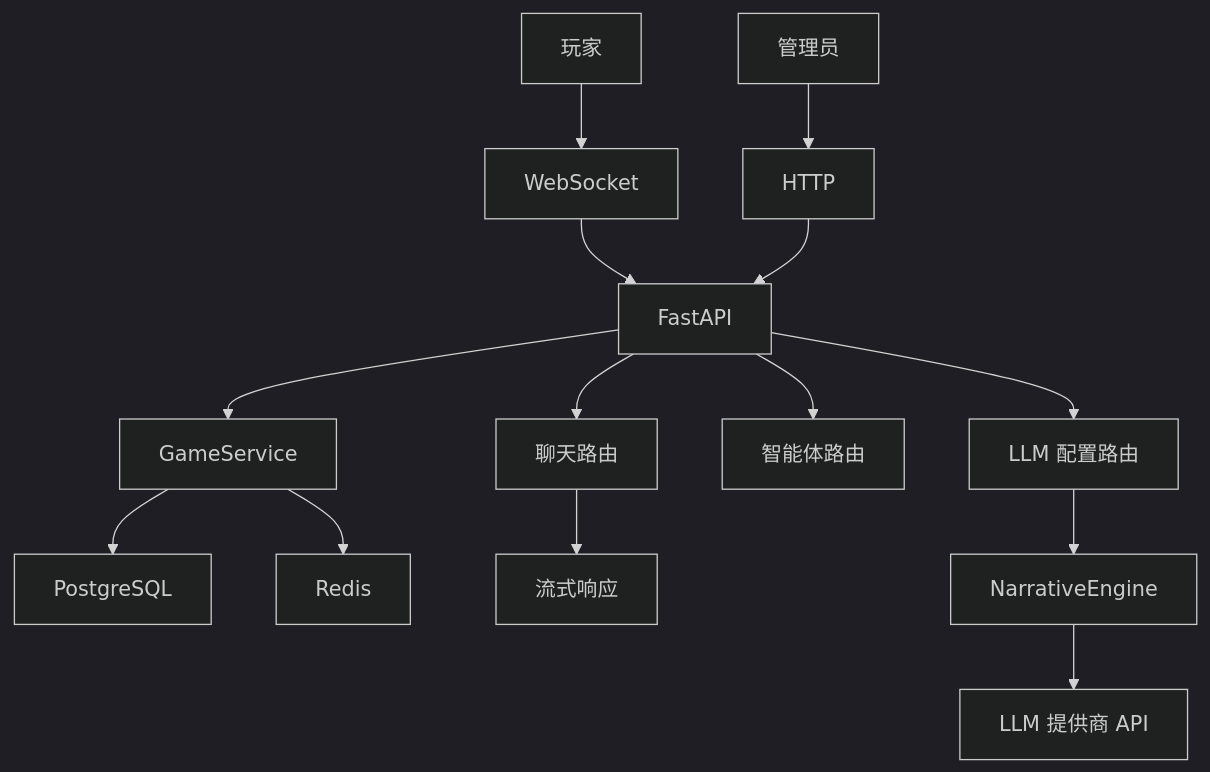
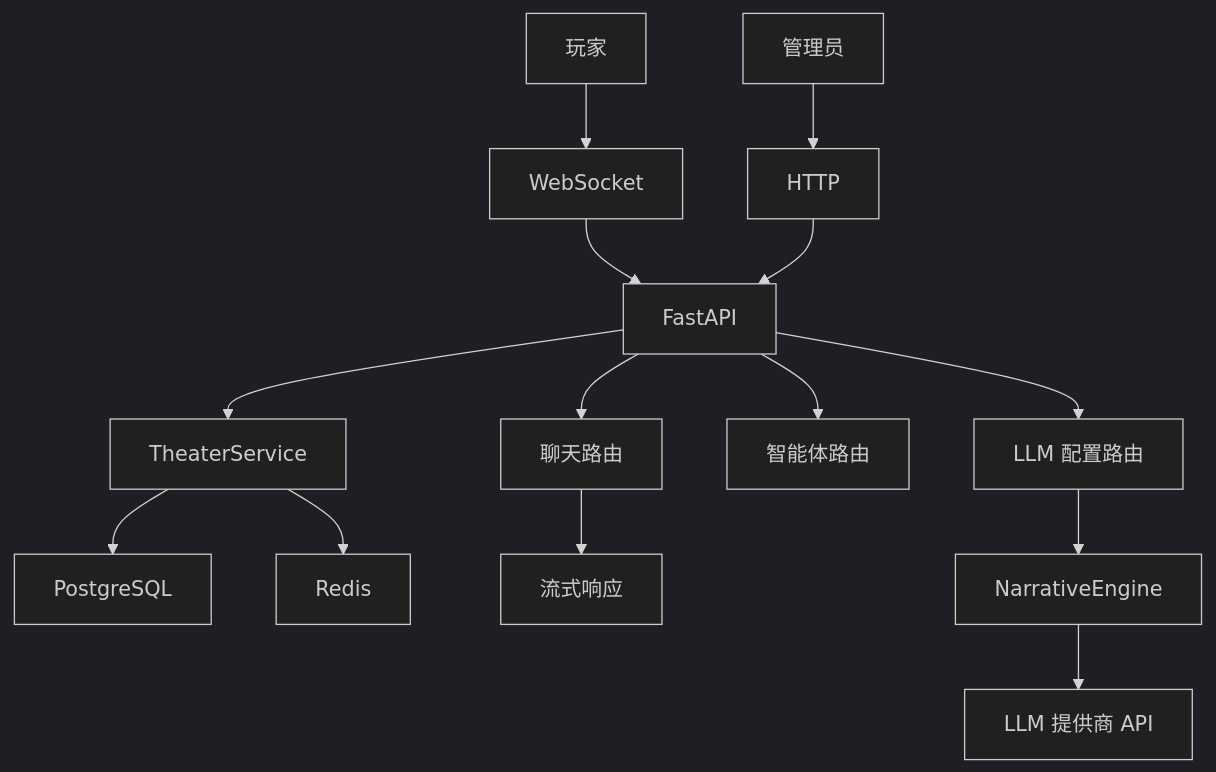
One commit to KunLabAI/KunFlix changed the second of 9 diagrams in .qoder/repowiki/zh/content/系统架构/整体设计.md. Above: the diagram before and after it, drawn with Mermaid (dark theme). The commit also changed other lines of this file and 112 other files, not shown here.

````diff
--- a/.qoder/repowiki/zh/content/系统架构/整体设计.md
+++ b/.qoder/repowiki/zh/content/系统架构/整体设计.md
@@ -109,16 +109,16 @@
 ```mermaid
 graph TB
 User["玩家"] --> WS["WebSocket"]
 Admin["管理员"] --> HTTP["HTTP"]
 WS --> API["FastAPI"]
 HTTP --> API
-API --> Svc["GameService"]
+API --> Svc["TheaterService"]
 API --> RouterChats["聊天路由"]
 API --> RouterAgents["智能体路由"]
 API --> RouterLLM["LLM 配置路由"]
 Svc --> DB["PostgreSQL"]
 Svc --> Redis["Redis"]
 RouterChats --> Stream["流式响应"]
 RouterLLM --> Engine["NarrativeEngine"]
 Engine --> LLM["LLM 提供商 API"]
 ```
````
